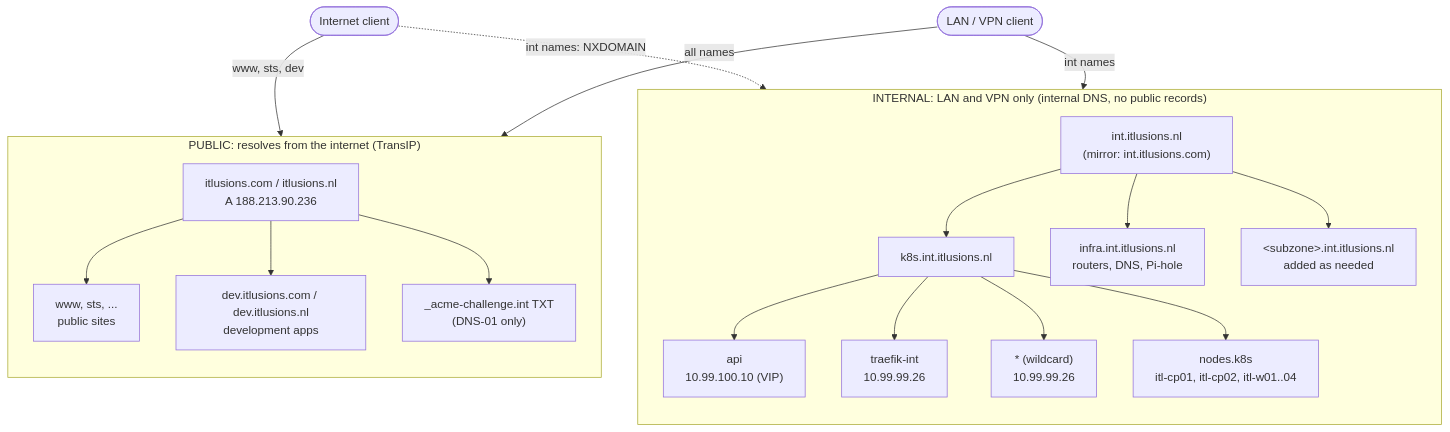
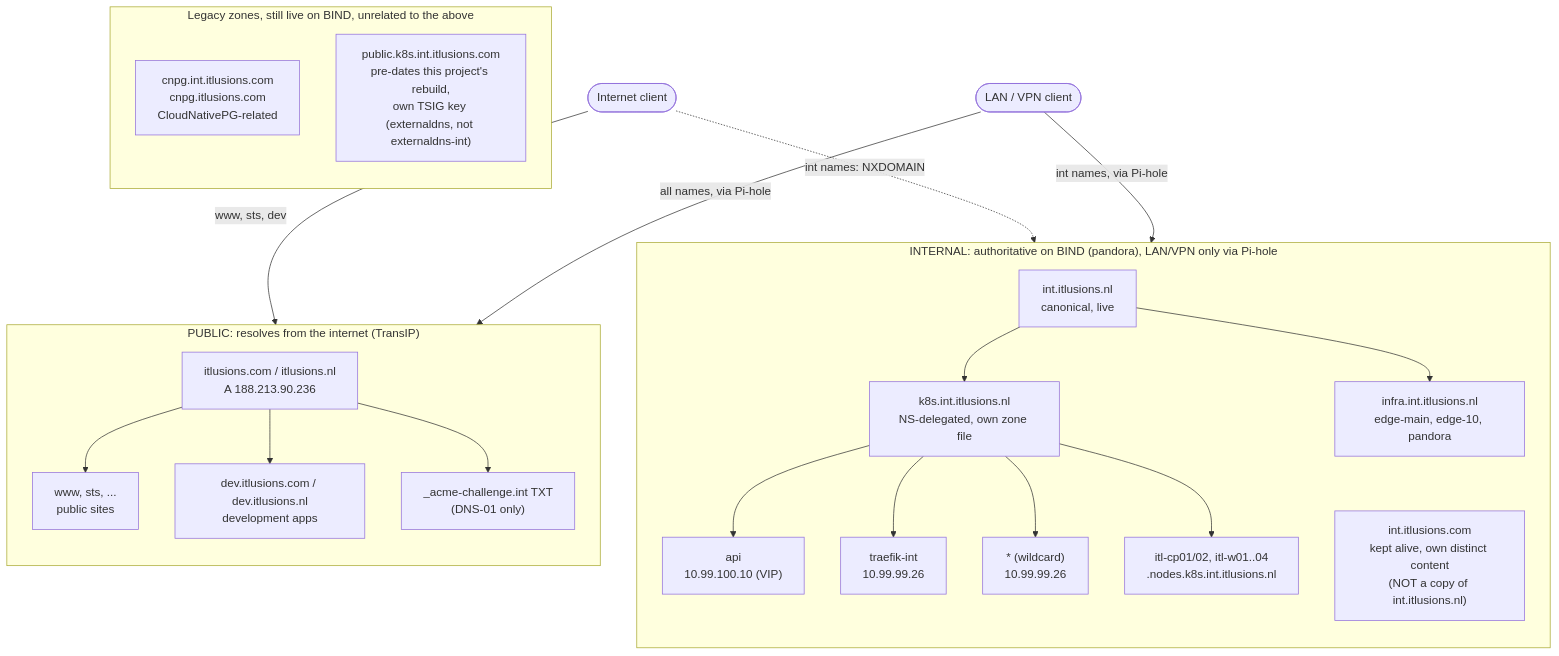
One commit to ITlusions/ITL.K8S changed the second of 2 diagrams in docs/1-cluster/1.6-dns.md. Above: the diagram before and after it, drawn with Mermaid. The commit also changed other lines of this file, not shown here.

First line of the commit message:
Rewrite 1.6-dns.md against the real, confirmed-live state

````diff
--- a/docs/1-cluster/1.6-dns.md
+++ b/docs/1-cluster/1.6-dns.md
@@ -12,27 +42,33 @@
 ```mermaid
 flowchart TB
     subgraph PUB["PUBLIC: resolves from the internet (TransIP)"]
         direction TB
         APEX["itlusions.com / itlusions.nl<br/>A 188.213.90.236"]
         APEX --> WWW["www, sts, ...<br/>public sites"]
         APEX --> DEV["dev.itlusions.com / dev.itlusions.nl<br/>development apps"]
         APEX --> ACME["_acme-challenge.int TXT<br/>(DNS-01 only)"]
     end
 
-    subgraph INT["INTERNAL: LAN and VPN only (internal DNS, no public records)"]
+    subgraph INT["INTERNAL: authoritative on BIND (pandora), LAN/VPN only via Pi-hole"]
         direction TB
-        ROOT["int.itlusions.nl<br/>(mirror: int.itlusions.com)"]
-        ROOT --> K8S["k8s.int.itlusions.nl"]
-        ROOT --> INF["infra.int.itlusions.nl<br/>routers, DNS, Pi-hole"]
-        ROOT --> SUB["&lt;subzone&gt;.int.itlusions.nl<br/>added as needed"]
+        ROOT["int.itlusions.nl<br/>canonical, live"]
+        ROOT --> K8S["k8s.int.itlusions.nl<br/>NS-delegated, own zone file"]
+        ROOT --> INF["infra.int.itlusions.nl<br/>edge-main, edge-10, pandora"]
         K8S --> API["api<br/>10.99.100.10 (VIP)"]
         K8S --> TI["traefik-int<br/>10.99.99.26"]
         K8S --> WILD["* (wildcard)<br/>10.99.99.26"]
-        K8S --> NODES["nodes.k8s<br/>itl-cp01, itl-cp02, itl-w01..04"]
+        K8S --> NODES["itl-cp01/02, itl-w01..04<br/>.nodes.k8s.int.itlusions.nl"]
+        COM["int.itlusions.com<br/>kept alive, own distinct content<br/>(NOT a copy of int.itlusions.nl)"]
+    end
+
+    subgraph LEGACY["Legacy zones, still live on BIND, unrelated to the above"]
+        direction TB
+        CNPG["cnpg.int.itlusions.com<br/>cnpg.itlusions.com<br/>CloudNativePG-related"]
+        PUBOLD["public.k8s.int.itlusions.com<br/>pre-dates this project's rebuild,<br/>own TSIG key (externaldns, not externaldns-int)"]
     end
 
     INET(["Internet client"]) -- "www, sts, dev" --> PUB
     INET -. "int names: NXDOMAIN" .-> INT
-    LAN(["LAN / VPN client"]) -- "all names" --> PUB
-    LAN -- "int names" --> INT
+    LAN(["LAN / VPN client"]) -- "all names, via Pi-hole" --> PUB
+    LAN -- "int names, via Pi-hole" --> INT
 ```
````
